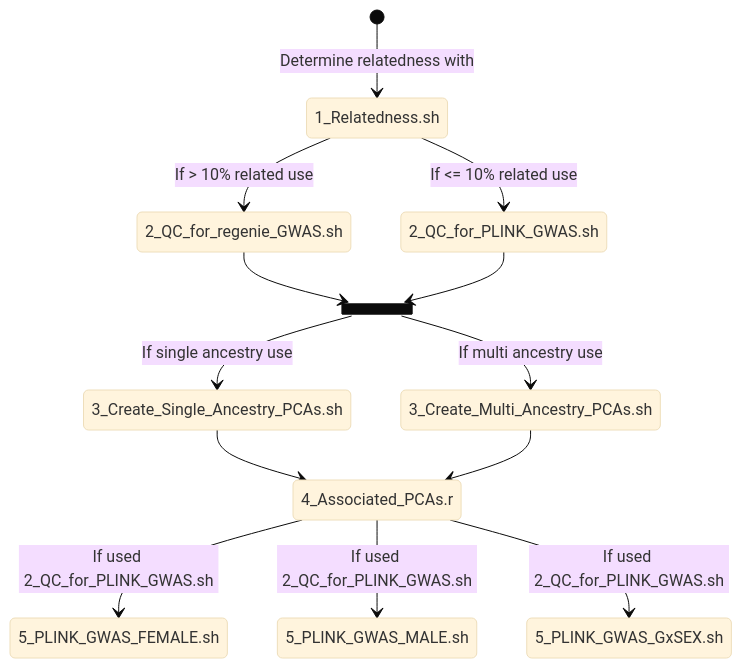
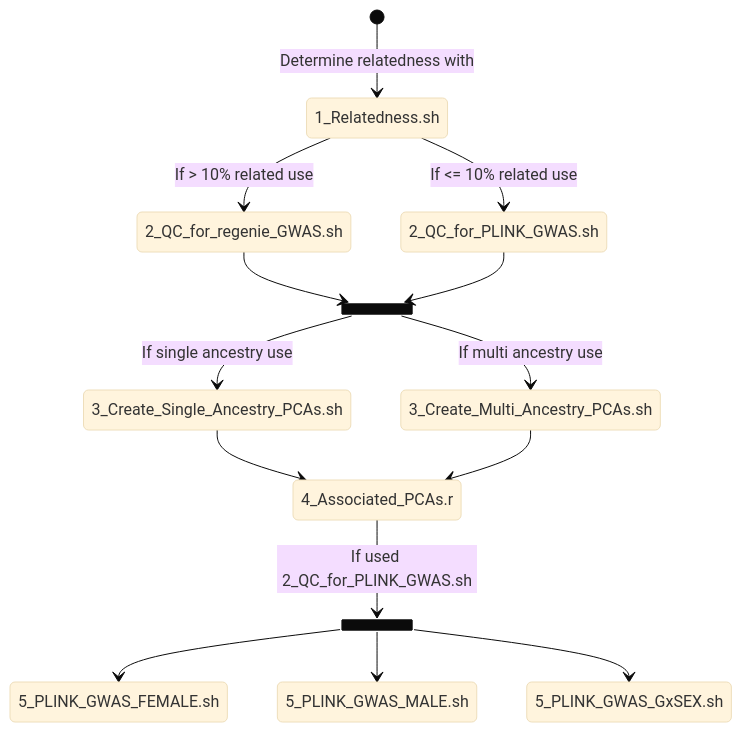
The diagram in README.md (psychiatric-genomics-consortium/sex-stratified-depression), drawn with Mermaid (base theme) before and after one commit.

````diff
--- a/README.md
+++ b/README.md
@@ -14,17 +14,19 @@
 ```mermaid
 stateDiagram-v2
  state anc <<join>>
+ state rel <<join>>
  [*] --> 1_Relatedness.sh : Determine relatedness with
  1_Relatedness.sh --> 2_QC_for_regenie_GWAS.sh : If > 10% related use
  1_Relatedness.sh --> 2_QC_for_PLINK_GWAS.sh : If <= 10% related use
  2_QC_for_regenie_GWAS.sh --> anc
  2_QC_for_PLINK_GWAS.sh --> anc
  anc --> 3_Create_Single_Ancestry_PCAs.sh : If single ancestry use
  anc --> 3_Create_Multi_Ancestry_PCAs.sh : If multi ancestry use
  3_Create_Single_Ancestry_PCAs.sh --> 4_Associated_PCAs.r
  3_Create_Multi_Ancestry_PCAs.sh --> 4_Associated_PCAs.r
- 4_Associated_PCAs.r --> 5_PLINK_GWAS_FEMALE.sh : If used 2_QC_for_PLINK_GWAS.sh
- 4_Associated_PCAs.r --> 5_PLINK_GWAS_MALE.sh : If used 2_QC_for_PLINK_GWAS.sh
- 4_Associated_PCAs.r --> 5_PLINK_GWAS_GxSEX.sh : If used 2_QC_for_PLINK_GWAS.sh
+ 4_Associated_PCAs.r --> rel : If used 2_QC_for_PLINK_GWAS.sh
+ rel --> 5_PLINK_GWAS_FEMALE.sh
+ rel --> 5_PLINK_GWAS_MALE.sh
+ rel --> 5_PLINK_GWAS_GxSEX.sh
 
 ```
````
